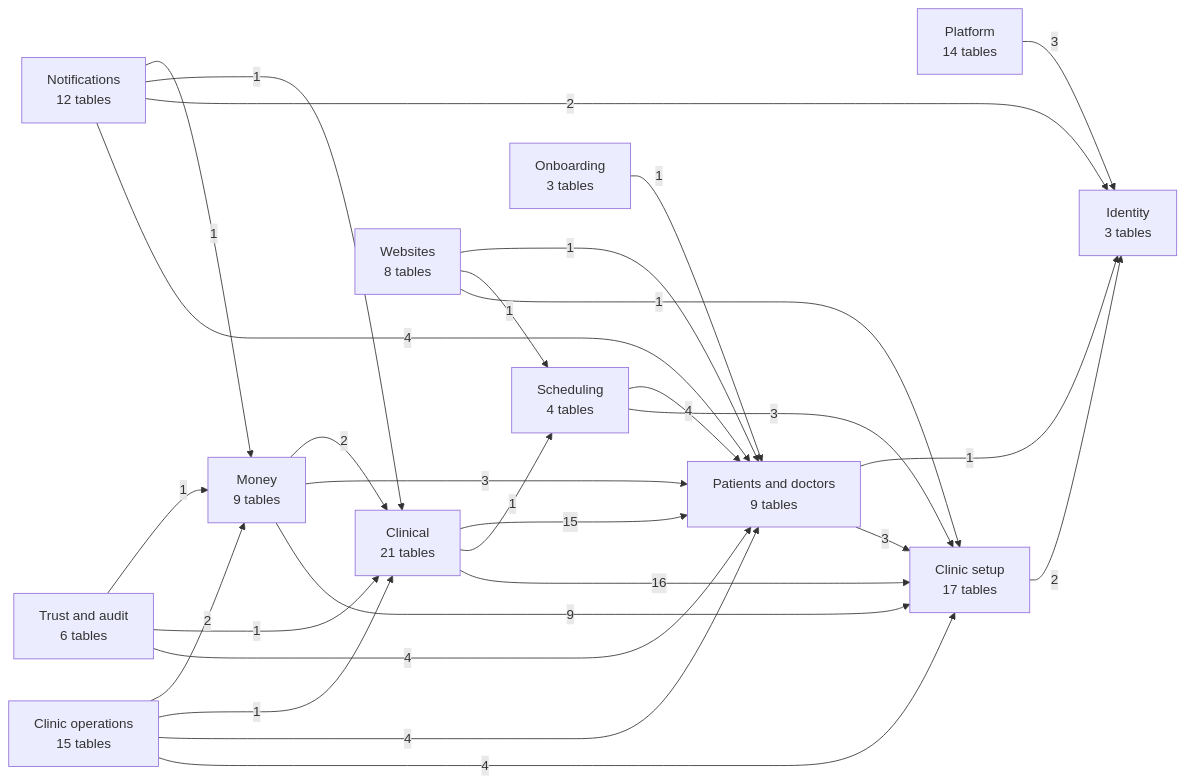
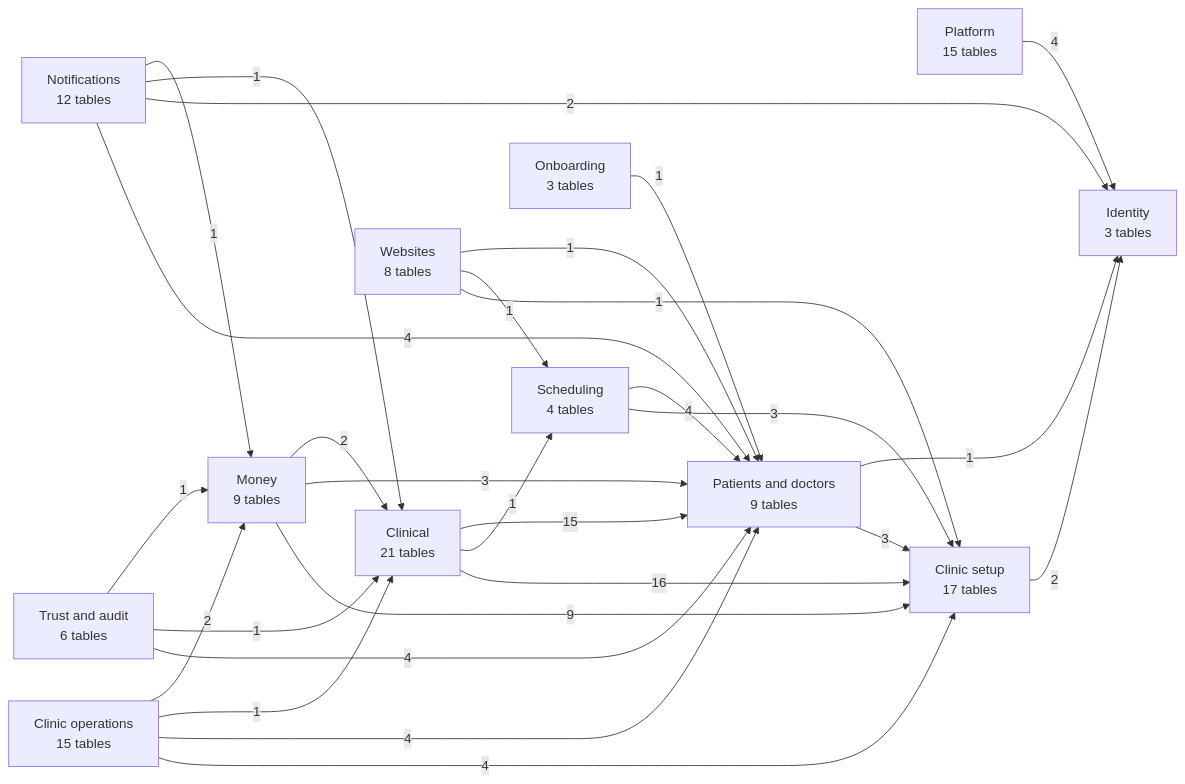
The first of 13 diagrams in docs/database.md (sakalyatechnologies/aarogyam), drawn with Mermaid before and after one commit. The commit also changed other lines of this file and 94 other files, not shown here.

````diff
--- a/docs/database.md
+++ b/docs/database.md
@@ -27,42 +27,42 @@
 ```mermaid
 flowchart LR
-  platform["Platform<br/>14 tables"]
+  platform["Platform<br/>15 tables"]
   iam["Identity<br/>3 tables"]
   tenancy["Clinic setup<br/>17 tables"]
   people["Patients and doctors<br/>9 tables"]
   scheduling["Scheduling<br/>4 tables"]
   clinical["Clinical<br/>21 tables"]
   ops["Clinic operations<br/>15 tables"]
   billing["Money<br/>9 tables"]
   notify["Notifications<br/>12 tables"]
   web["Websites<br/>8 tables"]
   trust["Trust and audit<br/>6 tables"]
   onboarding["Onboarding<br/>3 tables"]
   billing -->|2| clinical
   billing -->|3| people
   billing -->|9| tenancy
   clinical -->|15| people
   clinical -->|1| scheduling
   clinical -->|16| tenancy
   notify -->|1| billing
   notify -->|1| clinical
   notify -->|2| iam
   notify -->|4| people
   onboarding -->|1| people
   ops -->|2| billing
   ops -->|1| clinical
   ops -->|4| people
   ops -->|4| tenancy
   people -->|1| iam
   people -->|3| tenancy
-  platform -->|3| iam
+  platform -->|4| iam
   scheduling -->|4| people
   scheduling -->|3| tenancy
   tenancy -->|2| iam
   trust -->|1| billing
   trust -->|1| clinical
   trust -->|4| people
   web -->|1| people
   web -->|1| scheduling
   web -->|1| tenancy
 ```
````
